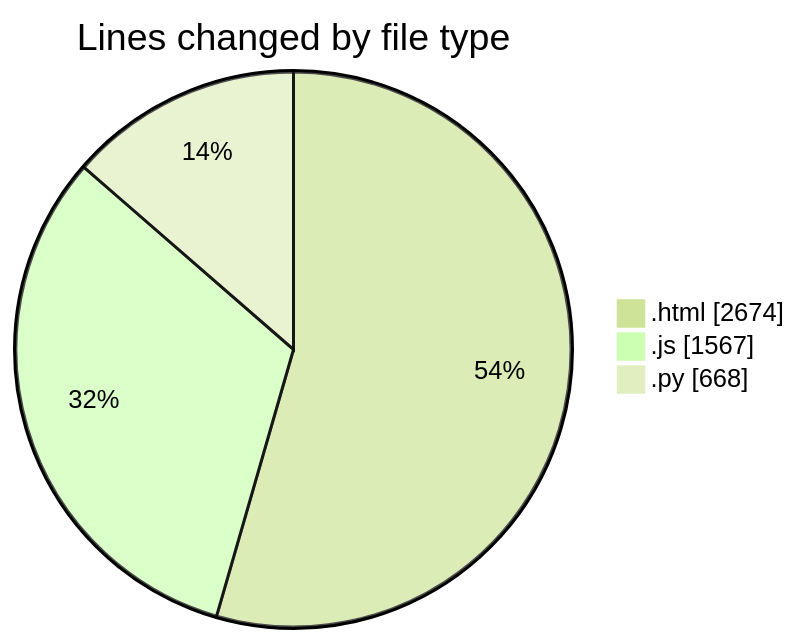
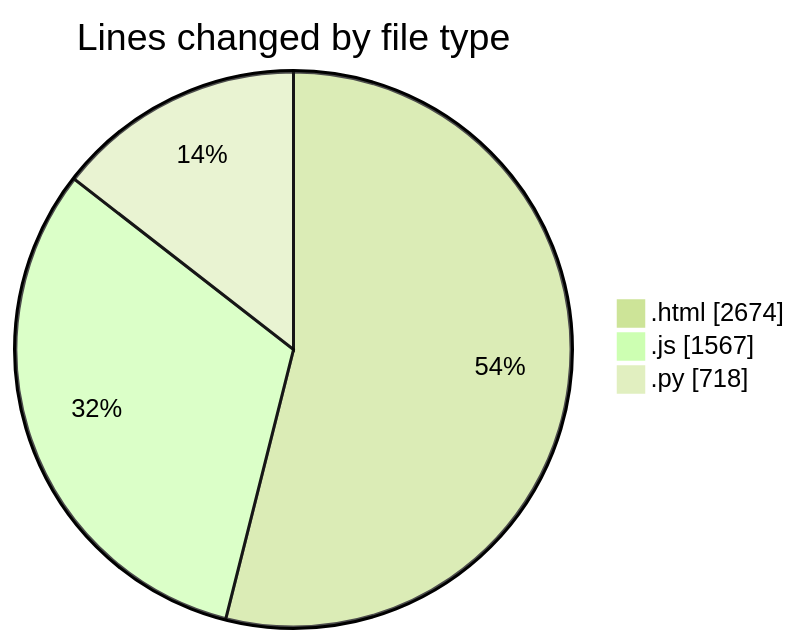
One commit to shibass792/code-tracking changed the first of 2 diagrams in 2026-07-15/shibass-ai/README.md. Above: the diagram before and after it, drawn with Mermaid (forest theme). The commit also changed other lines of this file and 1 other file, not shown here.

````diff
--- a/2026-07-15/shibass-ai/README.md
+++ b/2026-07-15/shibass-ai/README.md
@@ -23,7 +23,7 @@
 ```mermaid
 pie showData
 title Lines changed by file type
 ".html" : 2674
 ".js" : 1567
-".py" : 668
+".py" : 718
 ```
````
